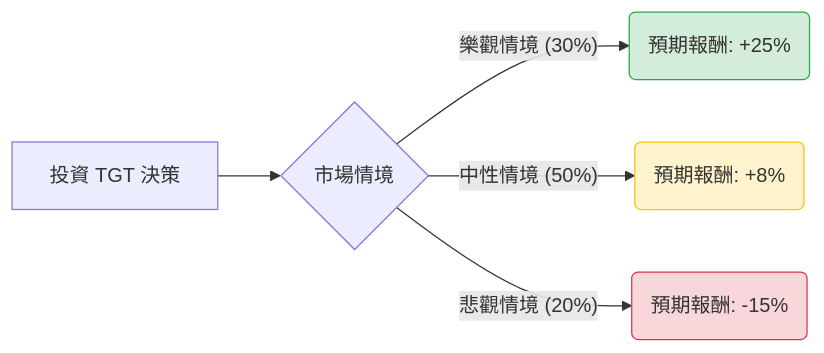
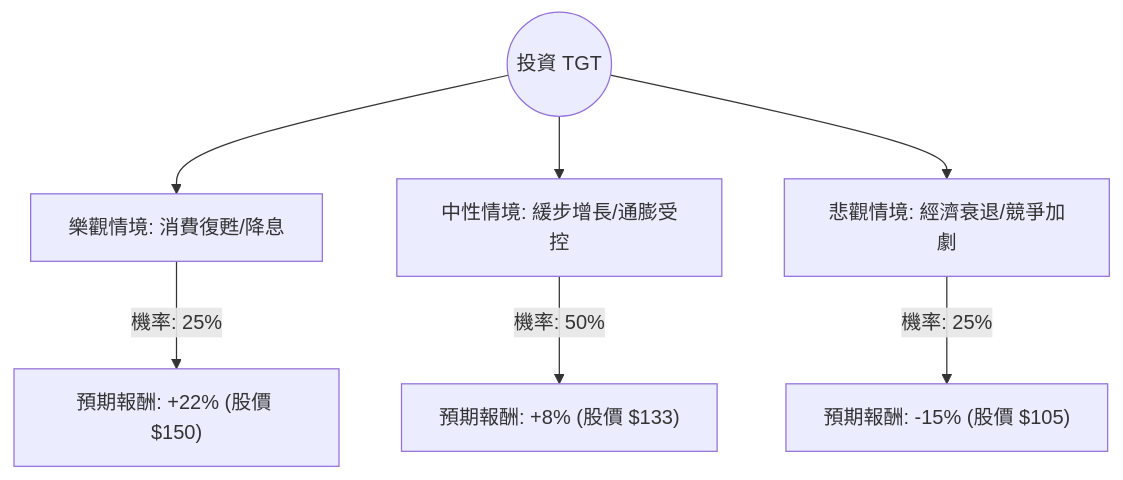
The diagram in plugin-react/ai-analysis/ev-analysis/TGT.md (zmcx16/zmcx16.github.io), drawn with Mermaid before and after one commit. The commit also changed other lines of this file and 81 other files, not shown here.

````diff
--- a/plugin-react/ai-analysis/ev-analysis/TGT.md
+++ b/plugin-react/ai-analysis/ev-analysis/TGT.md
@@ -19,12 +19,10 @@
 ```mermaid
-graph LR
-    A[投資 TGT 決策] --> B{市場情境}
-    
-    B -- 樂觀情境 (30%) --> C(預期報酬: +25%)
-    B -- 中性情境 (50%) --> D(預期報酬: +8%)
-    B -- 悲觀情境 (20%) --> E(預期報酬: -15%)
+graph TD
+    Start((投資 TGT)) --> Bull[樂觀情境: 消費復甦/降息]
+    Start --> Base[中性情境: 緩步增長/通膨受控]
+    Start --> Bear[悲觀情境: 經濟衰退/競爭加劇]
 
-    style C fill:#d4edda,stroke:#28a745
-    style D fill:#fff3cd,stroke:#ffc107
-    style E fill:#f8d7da,stroke:#dc3545
+    Bull -- "機率: 25%" --> BullVal["預期報酬: +22% (股價 $150)"]
+    Base -- "機率: 50%" --> BaseVal["預期報酬: +8% (股價 $133)"]
+    Bear -- "機率: 25%" --> BearVal["預期報酬: -15% (股價 $105)"]
 ```
````
